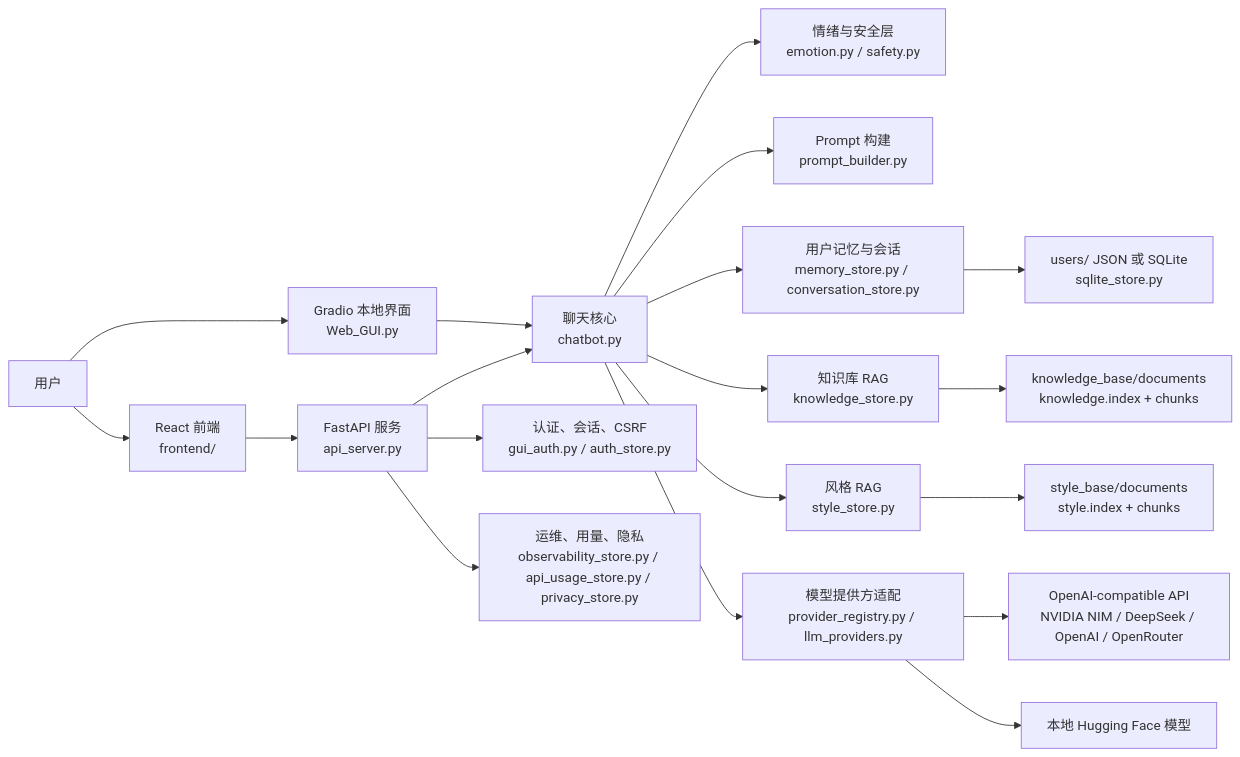
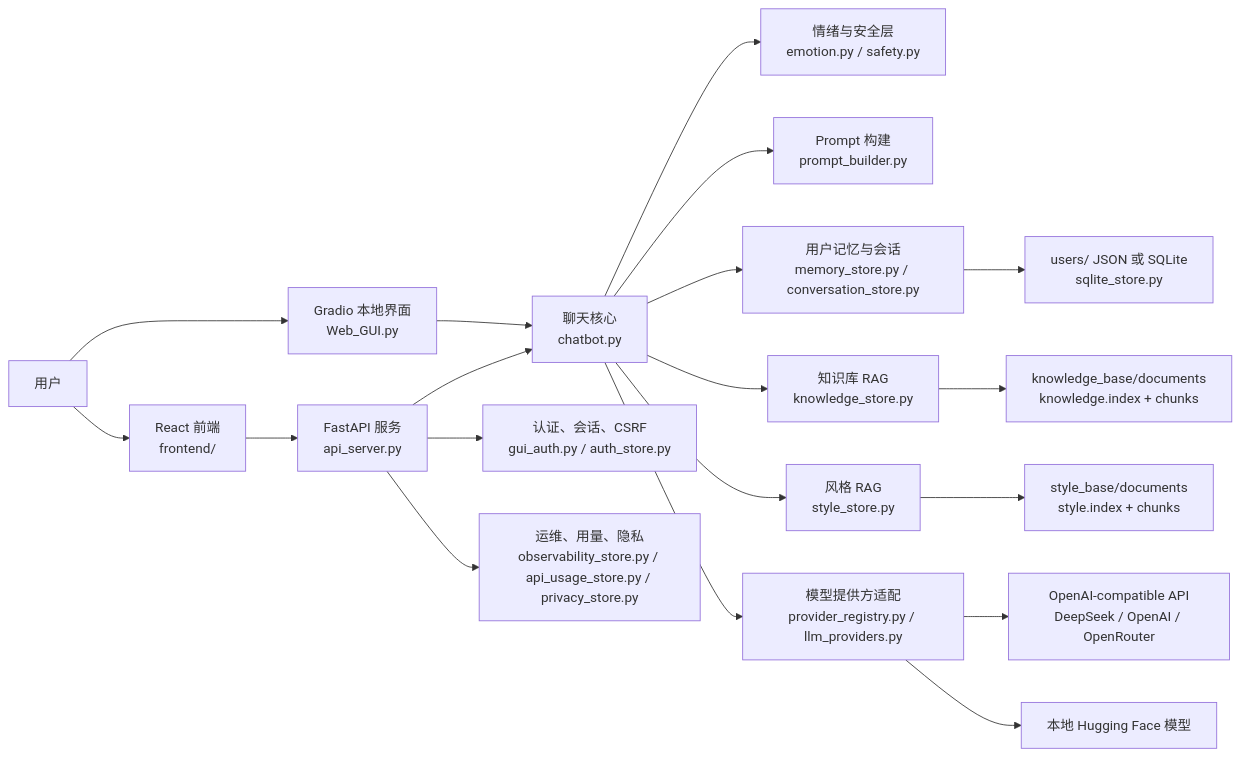
One commit to lup49488/Emotion-Assistant changed the diagram in README.zh-CN.md. Above: the diagram before and after it, drawn with Mermaid. The commit also changed other lines of this file and 17 other files, not shown here.

Commit message:
Update provider catalog and default to DeepSeek

````diff
--- a/README.zh-CN.md
+++ b/README.zh-CN.md
@@ -21,24 +21,24 @@
 ```mermaid
 flowchart LR
     User["用户"] --> Browser["React 前端<br/>frontend/"]
     User --> Gradio["Gradio 本地界面<br/>Web_GUI.py"]
 
     Browser --> API["FastAPI 服务<br/>api_server.py"]
     Gradio --> Chatbot["聊天核心<br/>chatbot.py"]
     API --> Auth["认证、会话、CSRF<br/>gui_auth.py / auth_store.py"]
     API --> Chatbot
     API --> Ops["运维、用量、隐私<br/>observability_store.py / api_usage_store.py / privacy_store.py"]
 
     Chatbot --> Safety["情绪与安全层<br/>emotion.py / safety.py"]
     Chatbot --> Prompt["Prompt 构建<br/>prompt_builder.py"]
     Chatbot --> Memory["用户记忆与会话<br/>memory_store.py / conversation_store.py"]
     Chatbot --> Knowledge["知识库 RAG<br/>knowledge_store.py"]
     Chatbot --> Style["风格 RAG<br/>style_store.py"]
     Chatbot --> Providers["模型提供方适配<br/>provider_registry.py / llm_providers.py"]
 
     Knowledge --> KnowledgeFiles["knowledge_base/documents<br/>knowledge.index + chunks"]
     Style --> StyleFiles["style_base/documents<br/>style.index + chunks"]
     Memory --> Storage["users/ JSON 或 SQLite<br/>sqlite_store.py"]
-    Providers --> RemoteLLM["OpenAI-compatible API<br/>NVIDIA NIM / DeepSeek / OpenAI / OpenRouter"]
+    Providers --> RemoteLLM["OpenAI-compatible API<br/>DeepSeek / OpenAI / OpenRouter"]
     Providers --> LocalLLM["本地 Hugging Face 模型"]
 ```
````
